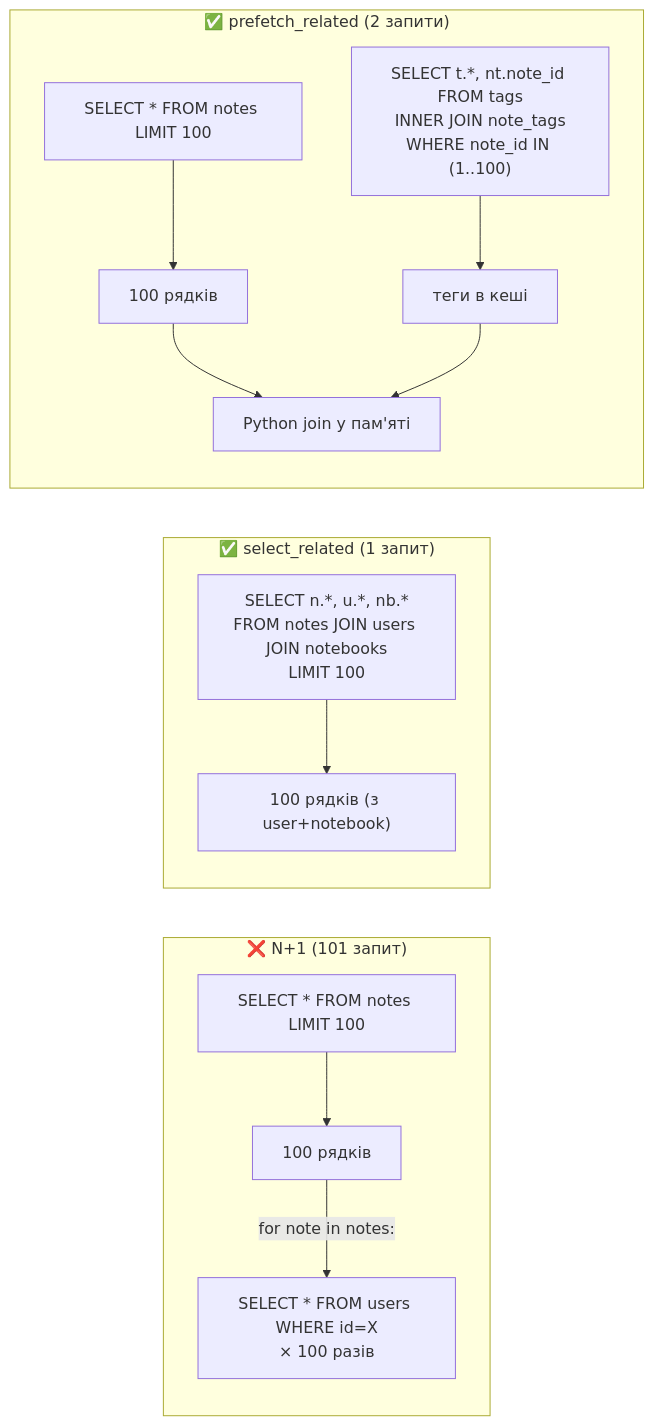
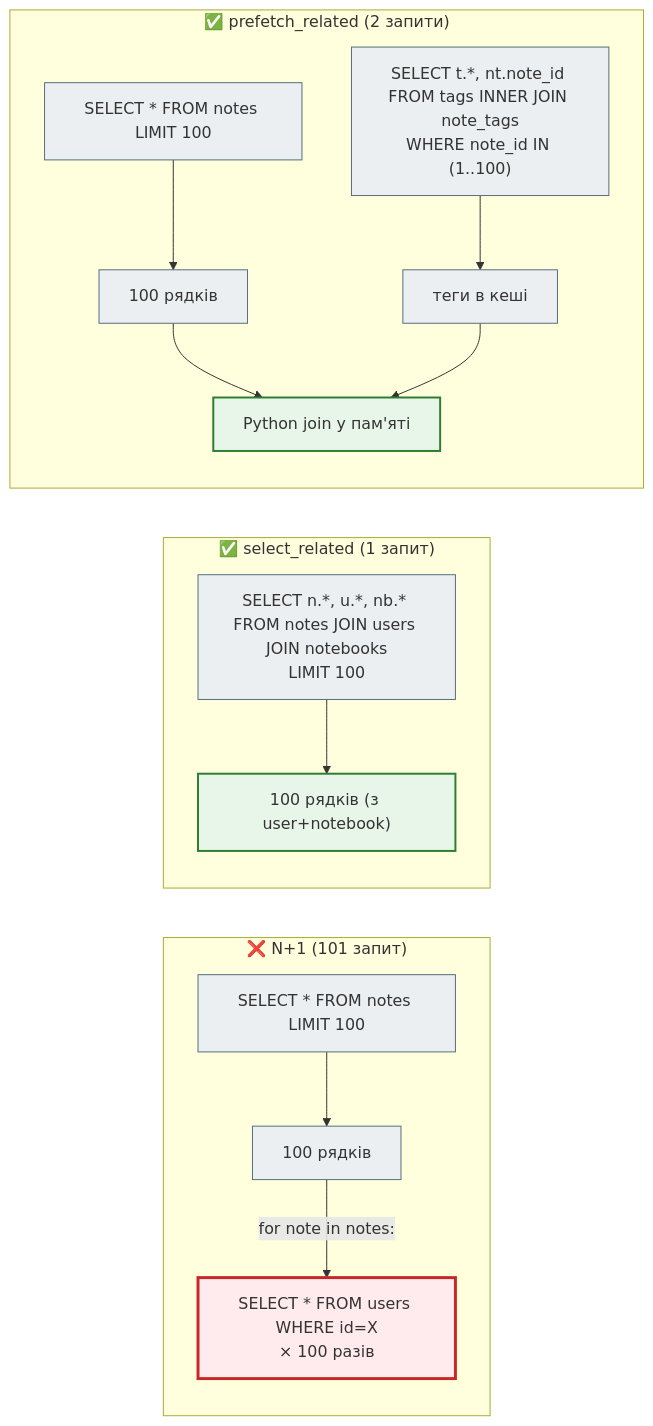
One commit to NikoriakViktot/notes_chat_app changed diagram 15 of 20 in docs/03_database_and_orm/orm_mermaid_full.md. Above: the diagram before and after it, drawn with Mermaid. The commit also changed other lines of this file and 441 other files, not shown here.

First line of the commit message:
Add English version of the book, Mermaid standard, docs fixes

````diff
--- a/docs/03_database_and_orm/orm_mermaid_full.md
+++ b/docs/03_database_and_orm/orm_mermaid_full.md
@@ -532,18 +584,26 @@
 ```mermaid
 graph LR
     subgraph "❌ N+1 (101 запит)"
         Q1["SELECT * FROM notes LIMIT 100"] --> R1["100 рядків"]
-        R1 -->|"for note in notes:"| Q2["SELECT * FROM users WHERE id=X\n× 100 разів"]
+        R1 -->|"for note in notes:"| Q2["SELECT * FROM users WHERE id=X<br>× 100 разів"]
     end
 
     subgraph "✅ select_related (1 запит)"
-        Q3["SELECT n.*, u.*, nb.*\nFROM notes JOIN users JOIN notebooks\nLIMIT 100"] --> R3["100 рядків (з user+notebook)"]
+        Q3["SELECT n.*, u.*, nb.* FROM notes JOIN users JOIN notebooks<br>LIMIT 100"] --> R3["100 рядків (з user+notebook)"]
     end
 
     subgraph "✅ prefetch_related (2 запити)"
         Q4["SELECT * FROM notes LIMIT 100"] --> R4["100 рядків"]
-        Q5["SELECT t.*, nt.note_id FROM tags\nINNER JOIN note_tags\nWHERE note_id IN (1..100)"] --> R5["теги в кеші"]
+        Q5["SELECT t.*, nt.note_id FROM tags INNER JOIN note_tags<br>WHERE note_id IN (1..100)"] --> R5["теги в кеші"]
         R4 --> R6["Python join у пам'яті"]
         R5 --> R6
     end
+
+    classDef step     fill:#eceff1,stroke:#546e7a,stroke-width:1px;
+    classDef success  fill:#e8f5e9,stroke:#2e7d32,stroke-width:2px;
+    classDef error    fill:#ffebee,stroke:#c62828,stroke-width:3px;
+
+    class Q1,R1,Q3,Q4,Q5,R4,R5 step;
+    class R3,R6 success;
+    class Q2 error;
 ```
````
